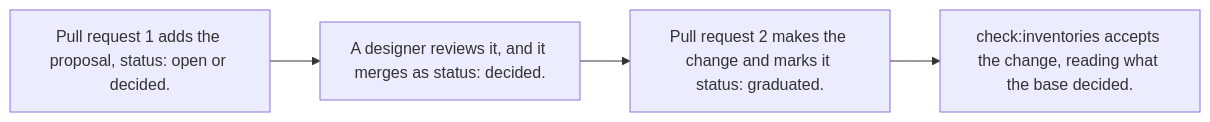
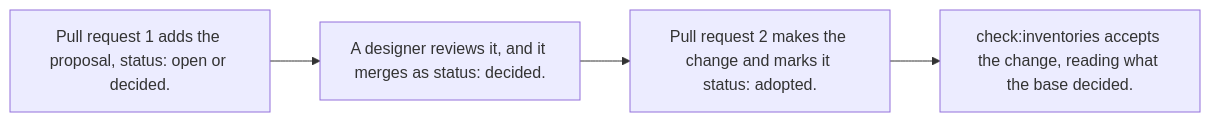
The seventh of 7 diagrams in packages/harness/docs/how-it-works.md (tounsoo/agent-design-loop), drawn with Mermaid before and after one commit. The commit also changed other lines of this file and 75 other files, not shown here.

````diff
--- a/packages/harness/docs/how-it-works.md
+++ b/packages/harness/docs/how-it-works.md
@@ -382,8 +382,8 @@
 ```mermaid
 flowchart LR
   open["Pull request 1 adds the proposal, status: open or decided."]
   review["A designer reviews it, and it merges as status: decided."]
-  change["Pull request 2 makes the change and marks it status: graduated."]
+  change["Pull request 2 makes the change and marks it status: adopted."]
   accept["check:inventories accepts the change, reading what the base decided."]
   open --> review --> change --> accept
 ```
````
